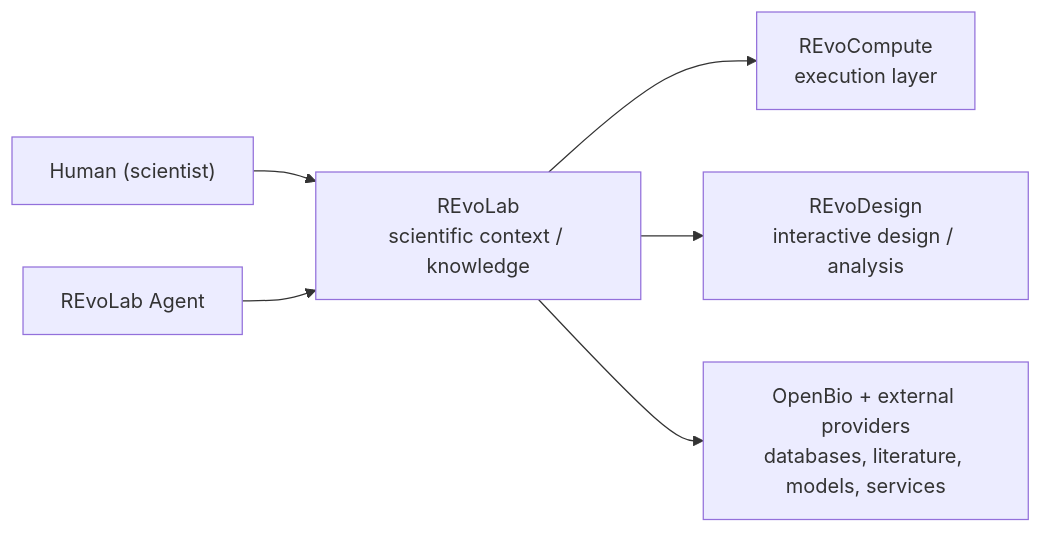
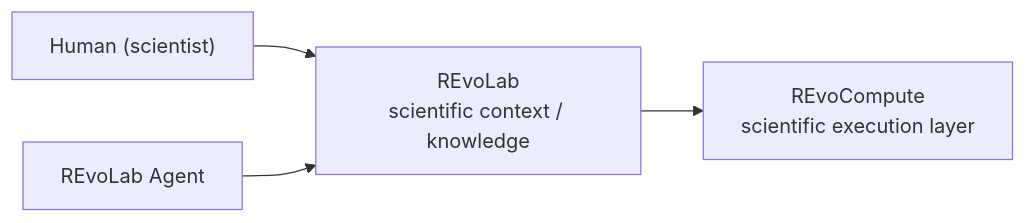
Before and after one commit to YaoYinYing/REvoLab: the first of 6 diagrams in docs/architecture/SYSTEM_ARCHITECTURE.md, drawn with Mermaid. The commit also changed other lines of this file and 51 other files, not shown here.

````diff
--- a/docs/architecture/SYSTEM_ARCHITECTURE.md
+++ b/docs/architecture/SYSTEM_ARCHITECTURE.md
@@ -42,15 +46,11 @@
 ```mermaid
 flowchart LR
     Human["Human (scientist)"]
     Agent["REvoLab Agent"]
     RL["REvoLab<br/>scientific context / knowledge"]
-    RC["REvoCompute<br/>execution layer"]
-    RD["REvoDesign<br/>interactive design / analysis"]
-    OB["OpenBio + external providers<br/>databases, literature, models, services"]
+    RC["REvoCompute<br/>scientific execution layer"]
 
     Human --> RL
     Agent --> RL
     RL --> RC
-    RL --> RD
-    RL --> OB
 ```
````
